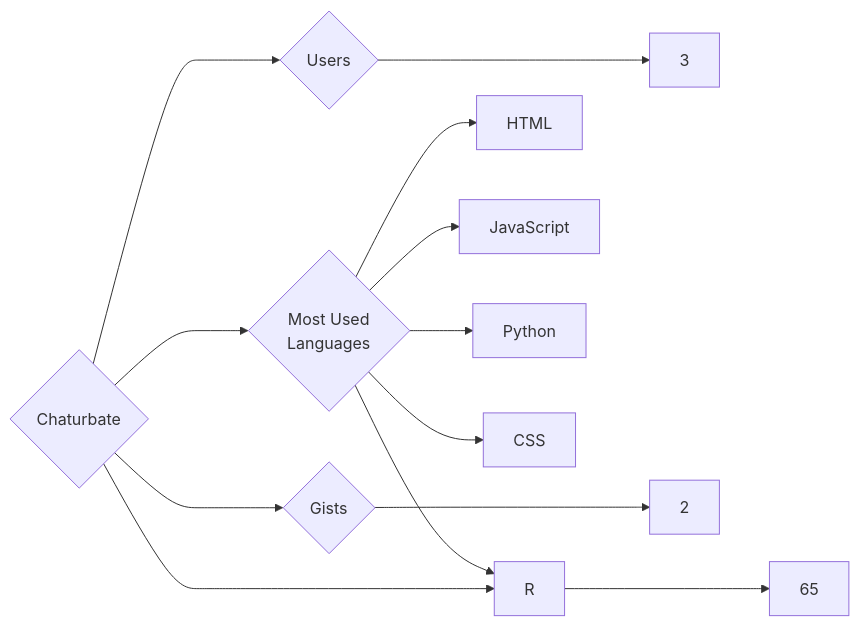
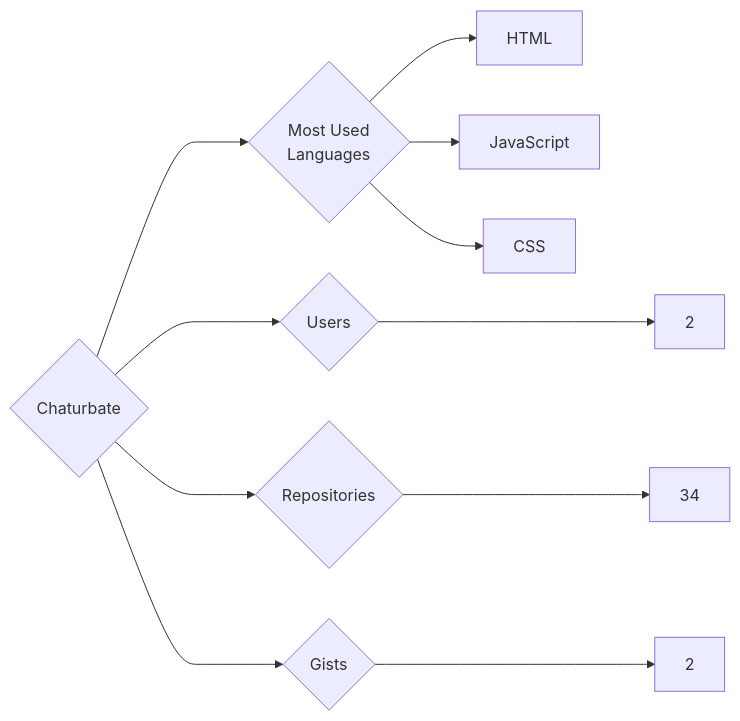
The diagram in targets/Chaturbate/README.md (trickest/insiders), drawn with Mermaid before and after one commit. The commit also changed 861 other files, not shown here.

````diff
--- a/targets/Chaturbate/README.md
+++ b/targets/Chaturbate/README.md
@@ -3,13 +3,11 @@
 ```mermaid
 graph LR
 COMPANY_NAME{Chaturbate}
-COMPANY_NAME ---> U{Users} ---> UN[3]
-COMPANY_NAME ---> R{Repositories} ---> RN[65]
+COMPANY_NAME ---> U{Users} ---> UN[2]
+COMPANY_NAME ---> R{Repositories} ---> RN[34]
 COMPANY_NAME ---> G{Gists} ---> GN[2]
 COMPANY_NAME ---> ML{Most Used<br>Languages}
 ML --> HTML[HTML]
 ML --> JavaScript[JavaScript]
-ML --> Python[Python]
 ML --> CSS[CSS]
-ML --> R[R]
 ```
````
